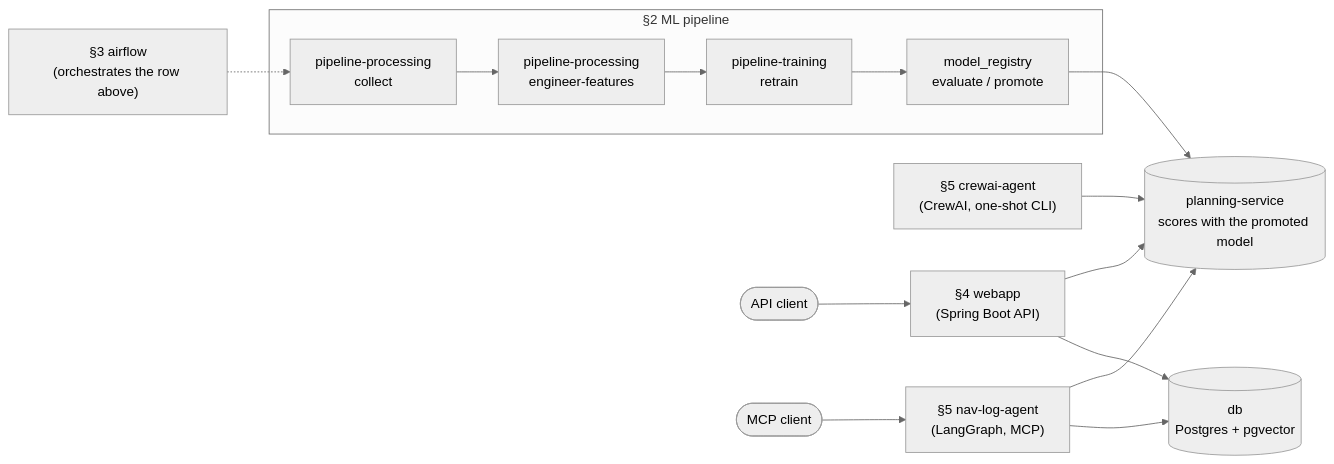
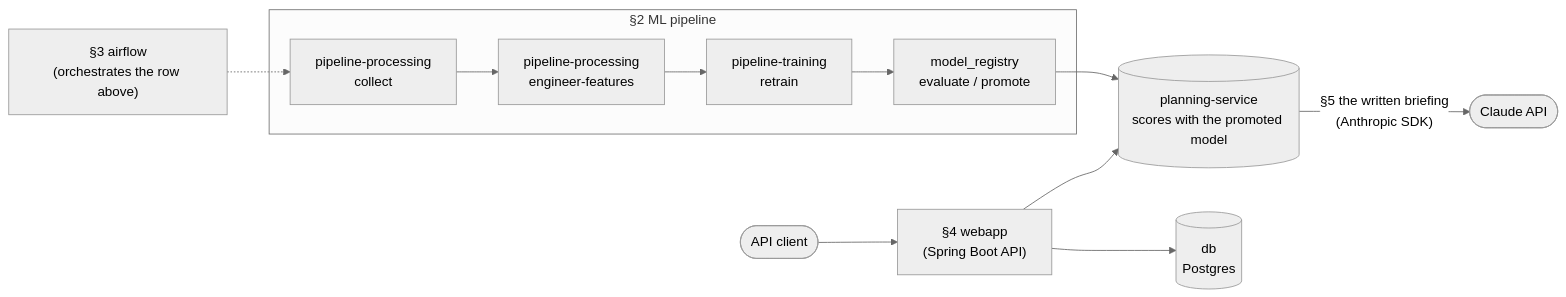
Before and after one commit to asdaq-samir/flight_plan: the first of 3 diagrams in docs/LEARNING-GUIDE.md, drawn with Mermaid (neutral theme). The commit also changed other lines of this file and 109 other files, not shown here.

````diff
--- a/docs/LEARNING-GUIDE.md
+++ b/docs/LEARNING-GUIDE.md
@@ -30,21 +30,18 @@
 ```mermaid
 flowchart LR
     subgraph pipeline["§2 ML pipeline"]
         collect[pipeline-processing<br/>collect] --> engineer[pipeline-processing<br/>engineer-features]
         engineer --> retrain[pipeline-training<br/>retrain]
         retrain --> registry[model_registry<br/>evaluate / promote]
     end
     airflow["§3 airflow<br/>(orchestrates the row above)"] -.-> collect
 
     registry --> planner[("planning-service<br/>scores with the promoted model")]
 
     webapp["§4 webapp<br/>(Spring Boot API)"] --> planner
-    webapp --> db[("db<br/>Postgres + pgvector")]
+    webapp --> db[("db<br/>Postgres")]
 
-    navlog["§5 nav-log-agent<br/>(LangGraph, MCP)"] --> planner
-    navlog --> db
-    crewai["§5 crewai-agent<br/>(CrewAI, one-shot CLI)"] --> planner
+    planner -->|"§5 the written briefing<br/>(Anthropic SDK)"| claude([Claude API])
 
     client([API client]) --> webapp
-    mcpclient([MCP client]) --> navlog
 ```
````
